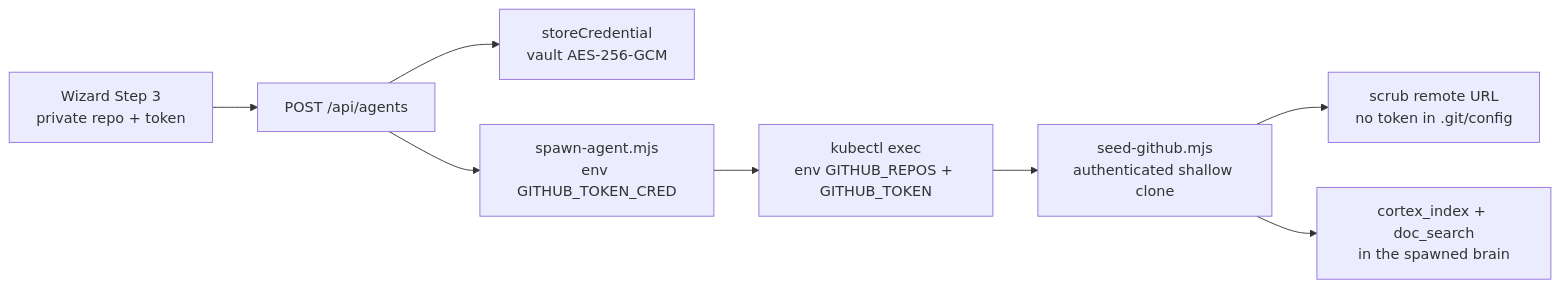
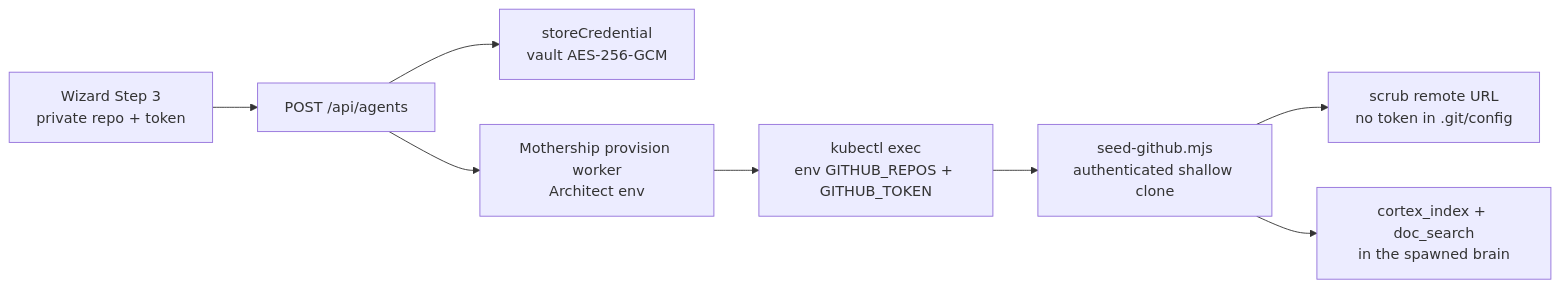
Before and after one commit to johnyeboahregno/regno-ai: the diagram in docs/guides/PRIVATE_REPO_SEEDING.md, drawn with Mermaid. The commit also changed 28 other files, not shown here.

````diff
--- a/docs/guides/PRIVATE_REPO_SEEDING.md
+++ b/docs/guides/PRIVATE_REPO_SEEDING.md
@@ -66,10 +66,10 @@
 ```mermaid
 flowchart LR
   A[Wizard Step 3\nprivate repo + token] --> B[POST /api/agents]
   B --> C[storeCredential\nvault AES-256-GCM]
-  B --> D[spawn-agent.mjs\nenv GITHUB_TOKEN_CRED]
+  B --> D[Mothership provision worker\nArchitect env]
   D --> E[kubectl exec\nenv GITHUB_REPOS + GITHUB_TOKEN]
   E --> F[seed-github.mjs\nauthenticated shallow clone]
   F --> G[scrub remote URL\nno token in .git/config]
   F --> H[cortex_index + doc_search\nin the spawned brain]
 ```
````
